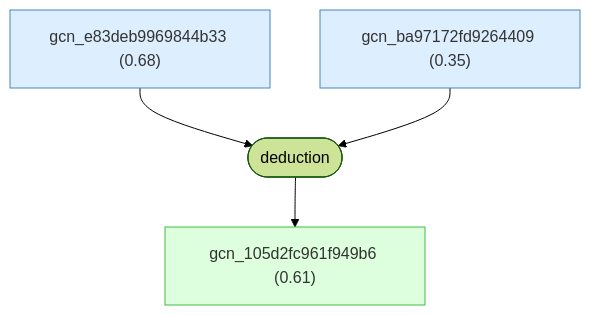
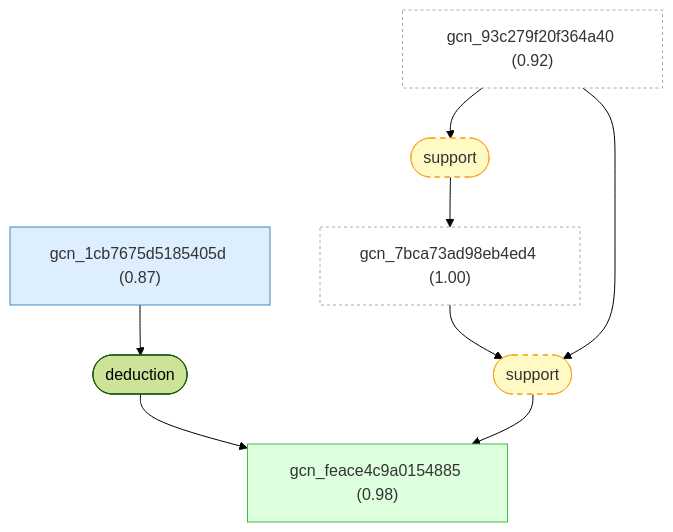
The third of 10 diagrams in docs/detailed-reasoning.md (Callo42/tbg-magic-angle-gaia), drawn with Mermaid (forest theme) before and after one commit. The commit also changed other lines of this file and 50 other files, not shown here.

First line of the commit message:
Regenerate TBG graph from connected root

````diff
--- a/docs/detailed-reasoning.md
+++ b/docs/detailed-reasoning.md
@@ -626,20 +325,27 @@
 ```mermaid
 graph TD
-    gcn_e83deb9969844b33["gcn_e83deb9969844b33 (0.68)"]:::premise
-    gcn_ba97172fd9264409["gcn_ba97172fd9264409 (0.35)"]:::premise
-    gcn_105d2fc961f949b6["gcn_105d2fc961f949b6 (0.61)"]:::derived
-    strat_6(["deduction"])
-    gcn_e83deb9969844b33 --> strat_6
-    gcn_ba97172fd9264409 --> strat_6
-    strat_6 --> gcn_105d2fc961f949b6
+    gcn_7bca73ad98eb4ed4["gcn_7bca73ad98eb4ed4 (1.00)"]:::external
+    gcn_93c279f20f364a40["gcn_93c279f20f364a40 (0.92)"]:::external
+    gcn_1cb7675d5185405d["gcn_1cb7675d5185405d (0.87)"]:::premise
+    gcn_feace4c9a0154885["gcn_feace4c9a0154885 (0.98)"]:::derived
+    strat_2(["deduction"])
+    gcn_1cb7675d5185405d --> strat_2
+    strat_2 --> gcn_feace4c9a0154885
+    strat_10(["support"]):::weak
+    gcn_93c279f20f364a40 --> strat_10
+    strat_10 --> gcn_7bca73ad98eb4ed4
+    strat_11(["support"]):::weak
+    gcn_7bca73ad98eb4ed4 --> strat_11
+    gcn_93c279f20f364a40 --> strat_11
+    strat_11 --> gcn_feace4c9a0154885
 
     classDef setting fill:#f0f0f0,stroke:#999,color:#333
     classDef premise fill:#ddeeff,stroke:#4488bb,color:#333
     classDef derived fill:#ddffdd,stroke:#44bb44,color:#333
     classDef question fill:#fff3dd,stroke:#cc9944,color:#333
     classDef background fill:#f5f5f5,stroke:#bbb,stroke-dasharray: 5 5,color:#333
     classDef orphan fill:#fff,stroke:#ccc,stroke-dasharray: 5 5,color:#333
     classDef external fill:#fff,stroke:#aaa,stroke-dasharray: 3 3,color:#333
     classDef weak fill:#fff9c4,stroke:#f9a825,stroke-dasharray: 5 5,color:#333
     classDef contra fill:#ffebee,stroke:#c62828,color:#333
 ```
````
